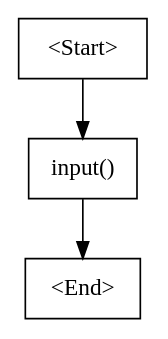
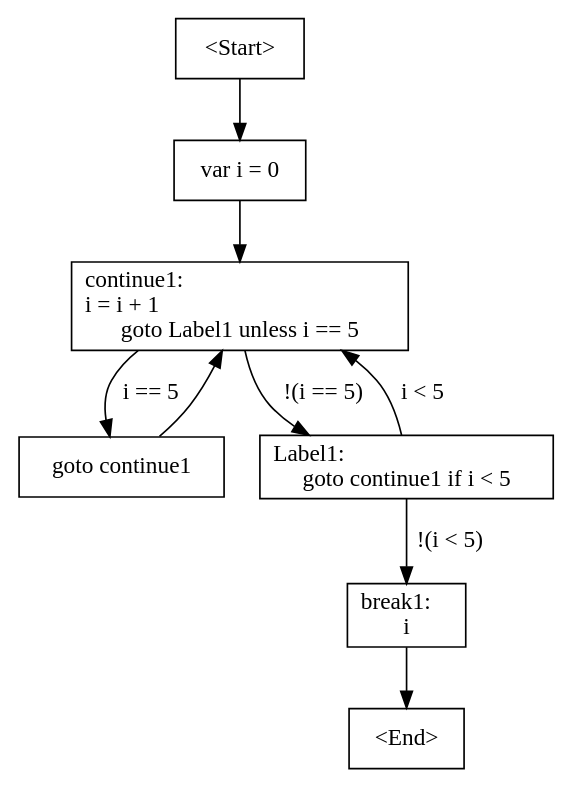
One commit to Sihuai2412/Epsilon changed the diagram in src/epsilon.Program/bin/Debug/net9.0/cfg.dot. Above: the diagram before and after it, drawn with Graphviz. The commit also changed 34 other files, not shown here.

```diff
--- a/src/epsilon.Program/bin/Debug/net9.0/cfg.dot
+++ b/src/epsilon.Program/bin/Debug/net9.0/cfg.dot
@@ -1,7 +1,17 @@
 digraph G {
     N0 [label = "<Start>", shape = box]
-    N1 [label = "input()", shape = box]
-    N2 [label = "<End>", shape = box]
+    N1 [label = "var i = 0", shape = box]
+    N2 [label = "continue1:\li = i + 1\lgoto Label1 unless i == 5", shape = box]
+    N3 [label = "goto continue1", shape = box]
+    N4 [label = "Label1:\lgoto continue1 if i < 5", shape = box]
+    N5 [label = "break1:\li", shape = box]
+    N6 [label = "<End>", shape = box]
     N0 -> N1 [label = ""]
     N1 -> N2 [label = ""]
+    N2 -> N4 [label = "!(i == 5)"]
+    N2 -> N3 [label = "i == 5"]
+    N3 -> N2 [label = ""]
+    N4 -> N2 [label = "i < 5"]
+    N4 -> N5 [label = "!(i < 5)"]
+    N5 -> N6 [label = ""]
 }
```
